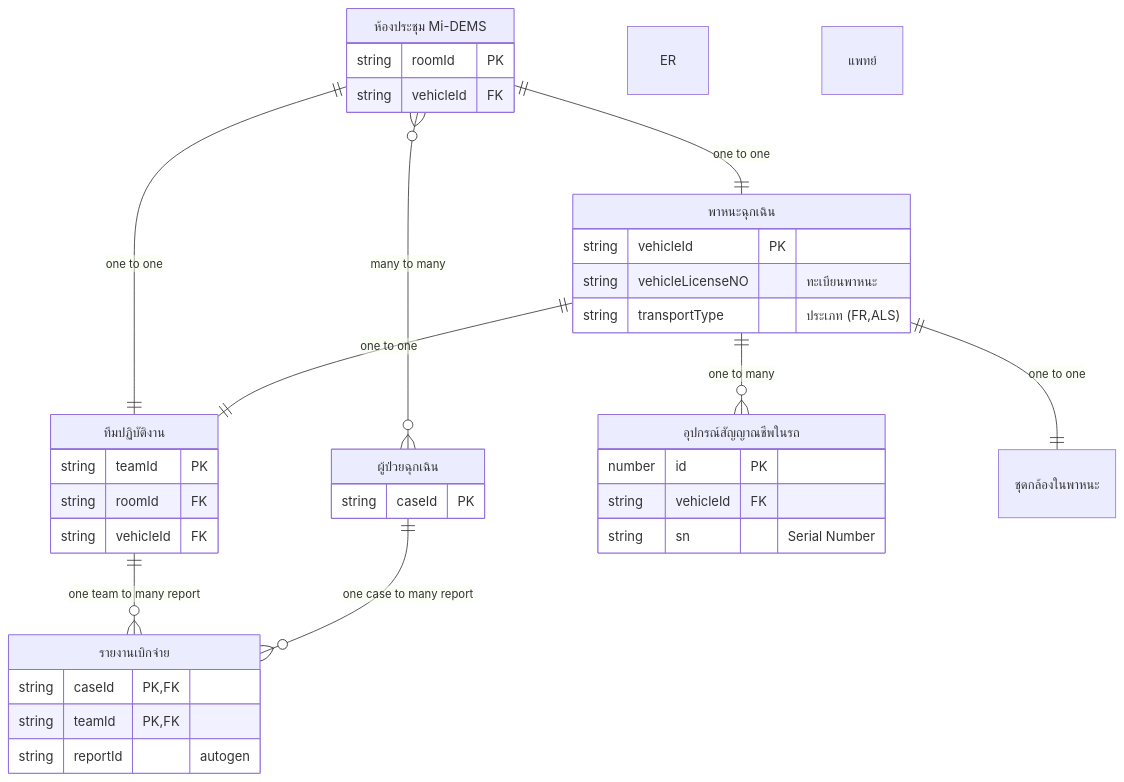
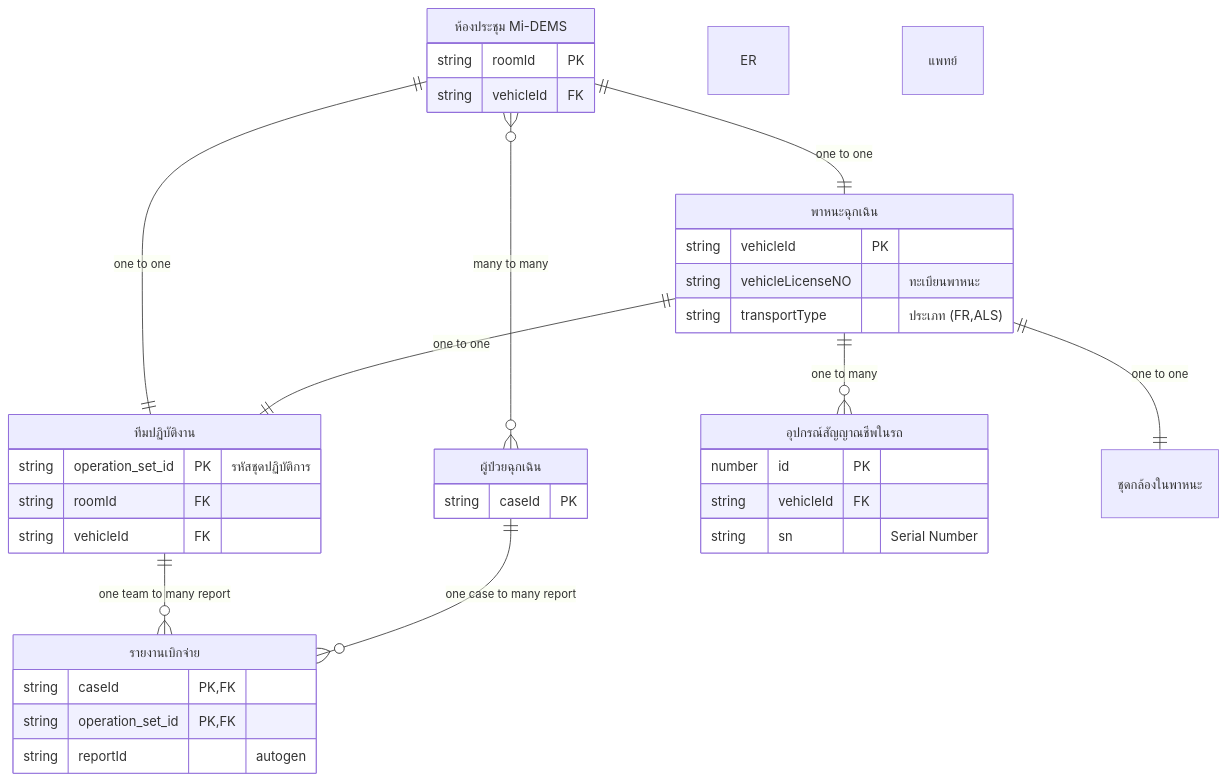
The first of 3 diagrams in README.md (lionants02/Mi-DEMS), drawn with Mermaid before and after one commit. The commit also changed 1 other file, not shown here.

Commit message:
teamId to operation_set_id

````diff
--- a/README.md
+++ b/README.md
@@ -13,48 +13,48 @@
 ```mermaid
 erDiagram
     ConferenceRoom["ห้องประชุม Mi-DEMS"]{
         string roomId PK
         string vehicleId FK
     }
     Vehicle["พาหนะฉุกเฉิน"]{
         string vehicleId PK
         string vehicleLicenseNO "ทะเบียนพาหนะ"
         string transportType "ประเภท (FR,ALS)"
     }
 
     Patient["ผู้ป่วยฉุกเฉิน"]{
         string caseId PK
     }
 
     Team["ทีมปฏิบัติงาน"]{
-        string teamId PK
+        string operation_set_id PK "รหัสชุดปฏิบัติการ"
         string roomId FK
         string vehicleId FK
     }
     VitalSign["อุปกรณ์สัญญาณชีพในรถ"]{
         number id PK
         string vehicleId FK
         string sn "Serial Number"
     }
     IPCam["ชุดกล้องในพาหนะ"]
     Report["รายงานเบิกจ่าย"]{
         string caseId PK,FK
-        string teamId PK,FK
+        string operation_set_id PK,FK
         string reportId "autogen"
     }
     ER
     Doctor["แพทย์"]
 
     ConferenceRoom only one to one Vehicle :"one to one"
     ConferenceRoom many to many Patient: "many to many"
     ConferenceRoom only one to one Team: "one to one"
 
     Vehicle one to many VitalSign:"one to many"
     Vehicle one to one IPCam:"one to one"
     Vehicle one to one Team:"one to one"
 
     Team one to many Report: "one team to many report"
     Patient one to many Report: "one case to many report"
 
 
 ```
````
